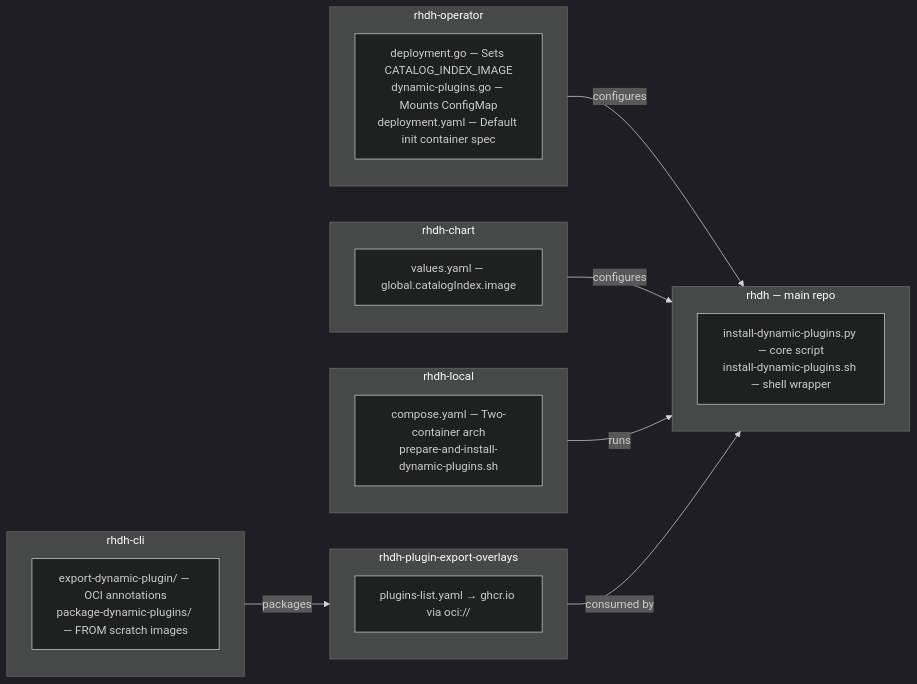
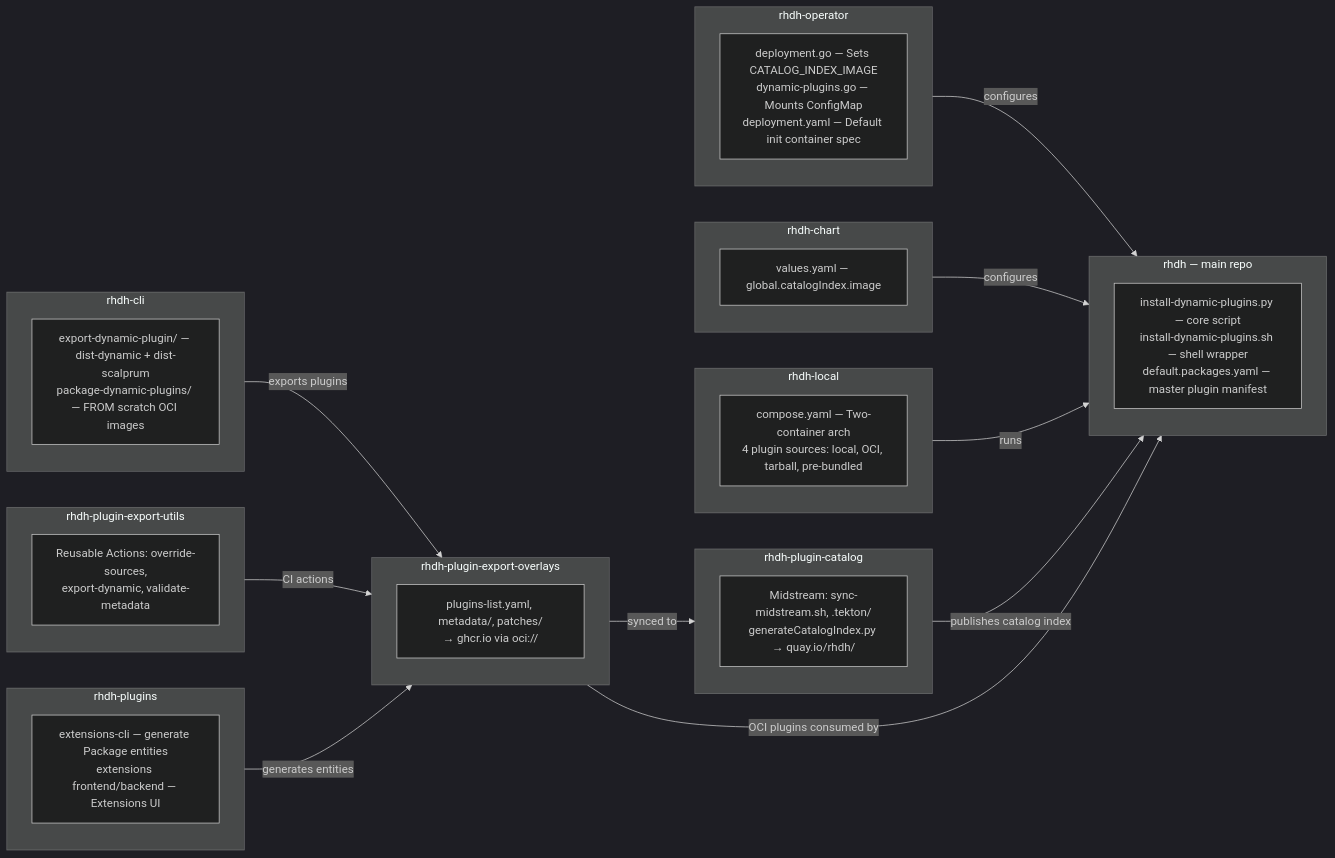
One commit to redhat-developer/rhdh changed the second of 2 diagrams in docs/architecture/dynamic-plugin-loading.md. Above: the diagram before and after it, drawn with Mermaid (dark theme). The commit also changed other lines of this file and 1 other file, not shown here.

Commit message:
docs: convert architecture diagrams to mermaid and add rhdh-plugin-catalog coverage
Convert all ASCII art diagrams in architecture docs to Mermaid flowcharts
for better rendering and maintainability. Add rhdh-plugin-catalog as the
named midstream repo (was vaguely "Red Hat Internal CI"), including its
key scripts (sync-midstream.sh, generateCatalogIndex.py), Konflux/Tekton
pipelines, and dual-registry publishing. Expand cross-repo diagrams to
cover all 9 RHDH ecosystem repos and enrich reference tables.

````diff
--- a/docs/architecture/dynamic-plugin-loading.md
+++ b/docs/architecture/dynamic-plugin-loading.md
@@ -154,26 +154,39 @@
 ```mermaid
 flowchart LR
     subgraph rhdh["rhdh — main repo"]
-        r1["install-dynamic-plugins.py — core script<br>install-dynamic-plugins.sh — shell wrapper"]
+        r1["install-dynamic-plugins.py — core script<br>install-dynamic-plugins.sh — shell wrapper<br>default.packages.yaml — master plugin manifest"]
     end
     subgraph operator["rhdh-operator"]
         o1["deployment.go — Sets CATALOG_INDEX_IMAGE<br>dynamic-plugins.go — Mounts ConfigMap<br>deployment.yaml — Default init container spec"]
     end
     subgraph chart["rhdh-chart"]
         c1["values.yaml — global.catalogIndex.image"]
     end
     subgraph local["rhdh-local"]
-        l1["compose.yaml — Two-container arch<br>prepare-and-install-dynamic-plugins.sh"]
+        l1["compose.yaml — Two-container arch<br>4 plugin sources: local, OCI, tarball, pre-bundled"]
     end
     subgraph cli["rhdh-cli"]
-        cl1["export-dynamic-plugin/ — OCI annotations<br>package-dynamic-plugins/ — FROM scratch images"]
+        cl1["export-dynamic-plugin/ — dist-dynamic + dist-scalprum<br>package-dynamic-plugins/ — FROM scratch OCI images"]
     end
     subgraph overlays["rhdh-plugin-export-overlays"]
-        ov1["plugins-list.yaml → ghcr.io via oci://"]
+        ov1["plugins-list.yaml, metadata/, patches/<br>→ ghcr.io via oci://"]
+    end
+    subgraph catalog["rhdh-plugin-catalog"]
+        cat1["Midstream: sync-midstream.sh, .tekton/<br>generateCatalogIndex.py → quay.io/rhdh/"]
+    end
+    subgraph plugins["rhdh-plugins"]
+        pl1["extensions-cli — generate Package entities<br>extensions frontend/backend — Extensions UI"]
+    end
+    subgraph utils["rhdh-plugin-export-utils"]
+        ut1["Reusable Actions: override-sources,<br>export-dynamic, validate-metadata"]
     end
     operator -->|configures| rhdh
     chart -->|configures| rhdh
     local -->|runs| rhdh
-    cli -->|packages| overlays
-    overlays -->|consumed by| rhdh
+    cli -->|exports plugins| overlays
+    utils -->|CI actions| overlays
+    overlays -->|synced to| catalog
+    catalog -->|publishes catalog index| rhdh
+    plugins -->|generates entities| overlays
+    overlays -->|OCI plugins consumed by| rhdh
 ```
````
